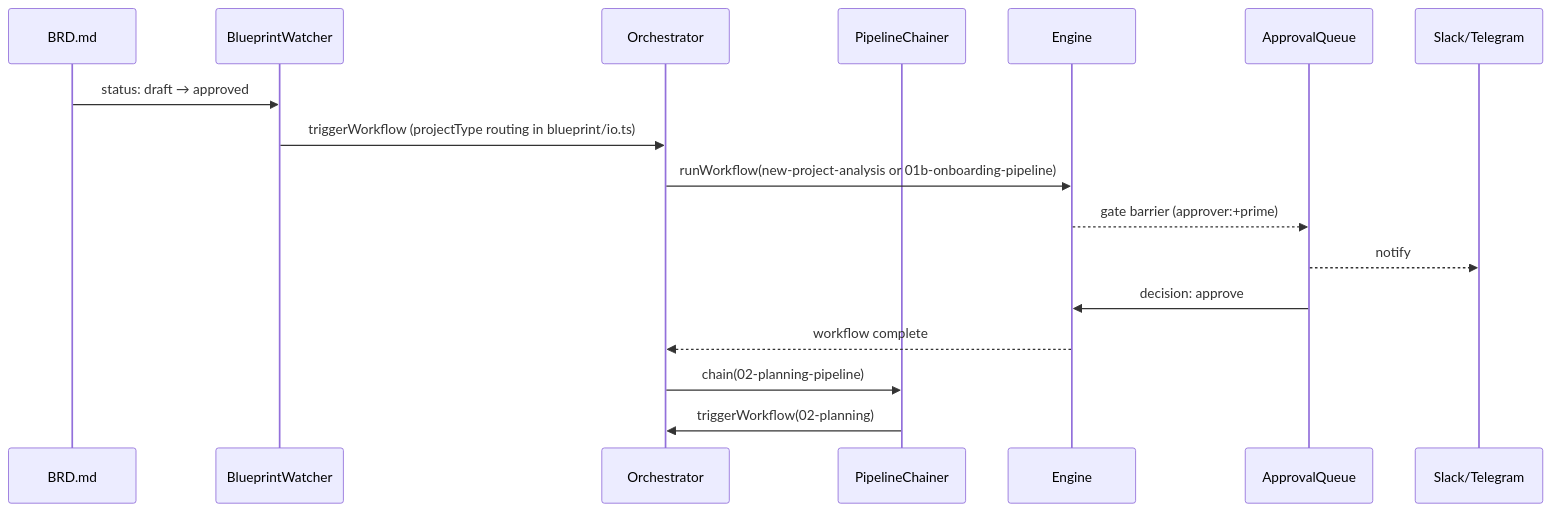
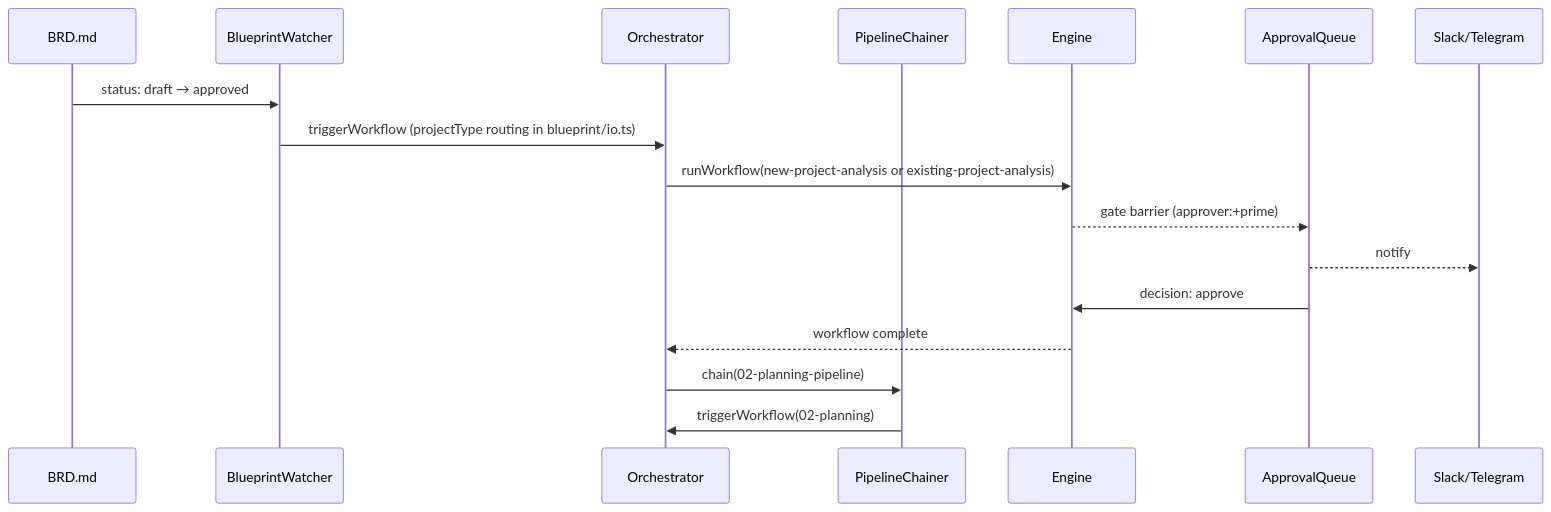
The fourth of 5 diagrams in development/ARCHITECTURE.md (erayendes/kortext), drawn with Mermaid before and after one commit. The commit also changed 7 other files, not shown here.

First line of the commit message:
docs+code(workflow): rename 01b-onboarding-pipeline → existing-project-analysis

````diff
--- a/development/ARCHITECTURE.md
+++ b/development/ARCHITECTURE.md
@@ -250,20 +250,20 @@
 ```mermaid
 sequenceDiagram
     participant File as BRD.md
     participant W as BlueprintWatcher
     participant O as Orchestrator
     participant C as PipelineChainer
     participant E as Engine
     participant Q as ApprovalQueue
     participant N as Slack/Telegram
 
     File->>W: status: draft → approved
     W->>O: triggerWorkflow (projectType routing in blueprint/io.ts)
-    O->>E: runWorkflow(new-project-analysis or 01b-onboarding-pipeline)
+    O->>E: runWorkflow(new-project-analysis or existing-project-analysis)
     E-->>Q: gate barrier (approver:+prime)
     Q-->>N: notify
     Q->>E: decision: approve
     E-->>O: workflow complete
     O->>C: chain(02-planning-pipeline)
     C->>O: triggerWorkflow(02-planning)
 ```
````
